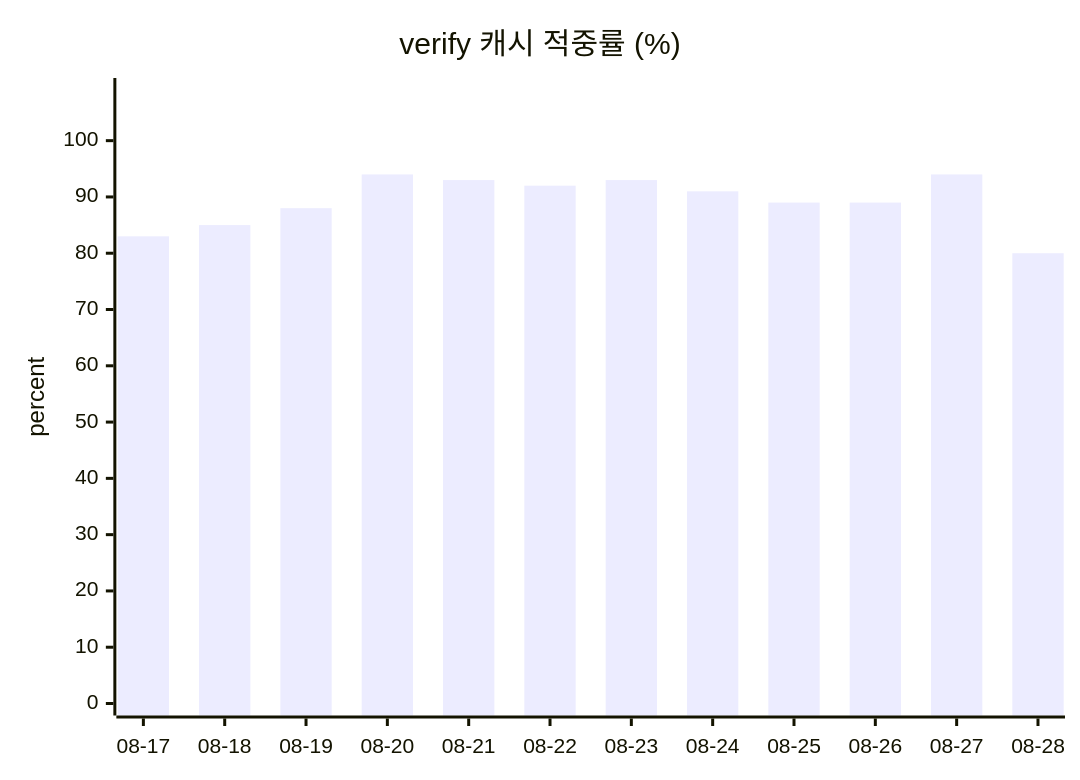
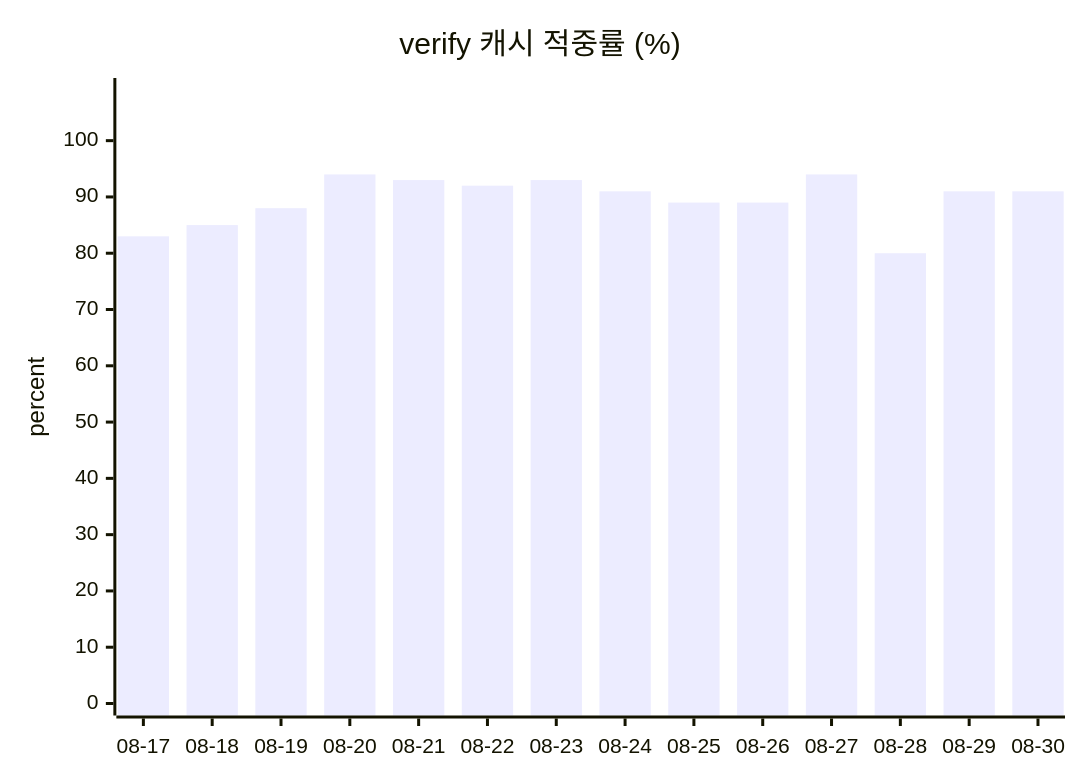
One commit to userri/PinQ-backend changed the second of 2 diagrams in docs/data/token-usage.md. Above: the diagram before and after it, drawn with Mermaid. The commit also changed other lines of this file and 4 other files, not shown here.

````diff
--- a/docs/data/token-usage.md
+++ b/docs/data/token-usage.md
@@ -82,7 +88,7 @@
 ```mermaid
 xychart-beta
     title "verify 캐시 적중률 (%)"
-    x-axis ["08-17", "08-18", "08-19", "08-20", "08-21", "08-22", "08-23", "08-24", "08-25", "08-26", "08-27", "08-28"]
+    x-axis ["08-17", "08-18", "08-19", "08-20", "08-21", "08-22", "08-23", "08-24", "08-25", "08-26", "08-27", "08-28", "08-29", "08-30"]
     y-axis "percent" 0 --> 109
-    bar [83, 85, 88, 94, 93, 92, 93, 91, 89, 89, 94, 80]
+    bar [83, 85, 88, 94, 93, 92, 93, 91, 89, 89, 94, 80, 91, 91]
 ```
````
